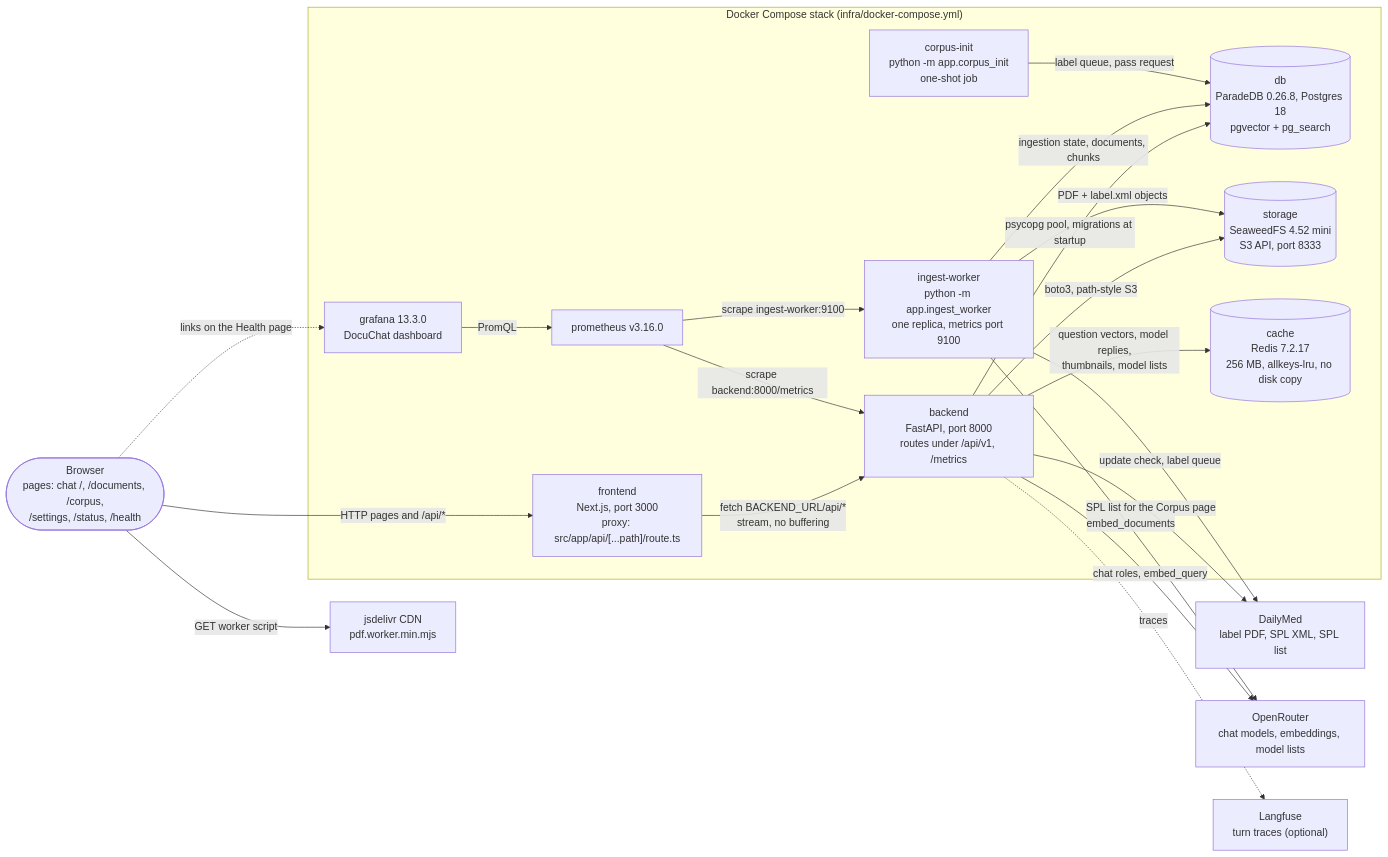
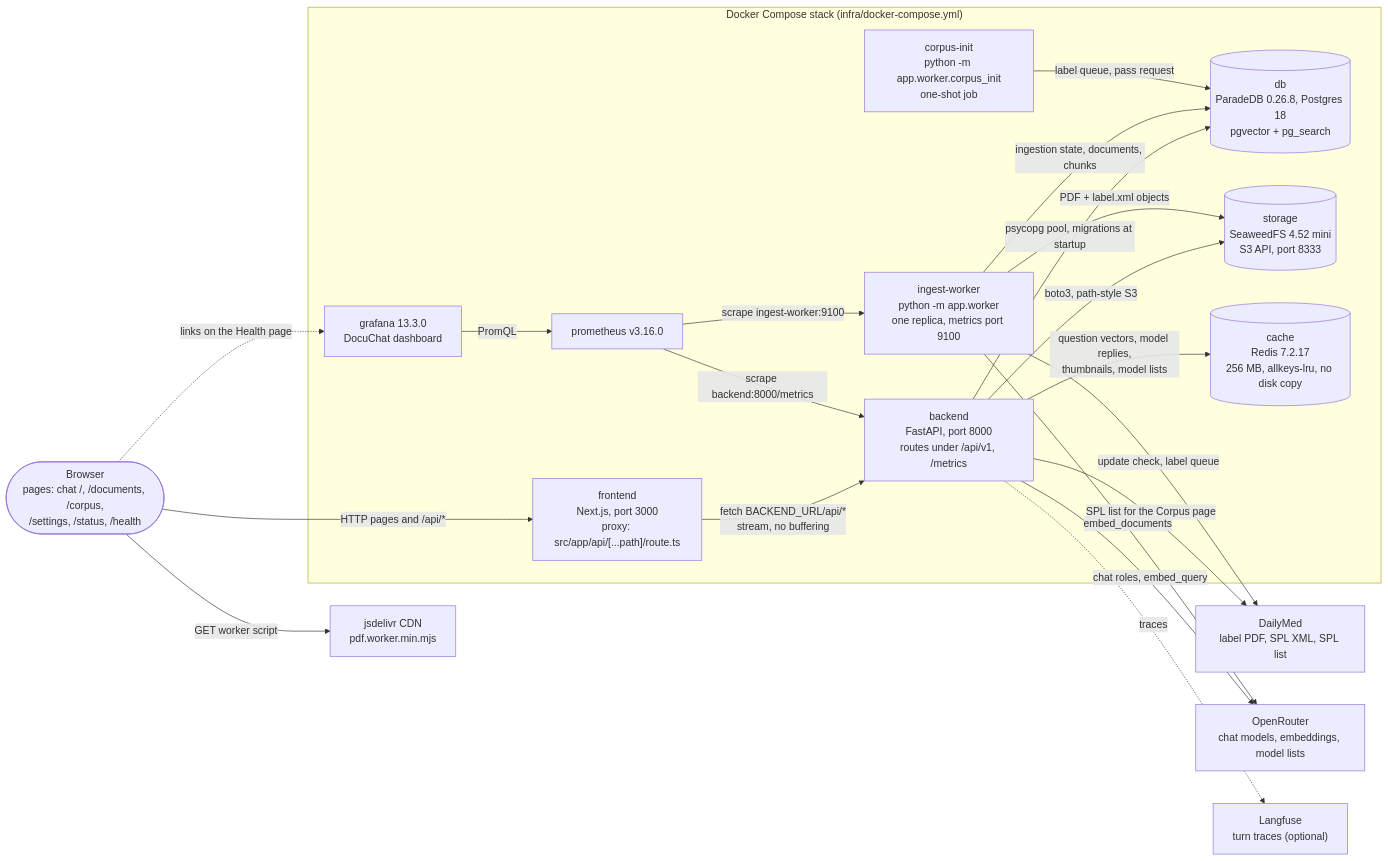
One commit to G-MAKROGLOU/docuchat changed the first of 2 diagrams in docs/diagrams/system-context.md. Above: the diagram before and after it, drawn with Mermaid. The commit also changed 15 other files, not shown here.

First line of the commit message:
refactor(backend): move the ingest worker and corpus-init to app/worker

````diff
--- a/docs/diagrams/system-context.md
+++ b/docs/diagrams/system-context.md
@@ -5,40 +5,40 @@
 ```mermaid
 flowchart LR
     user(["Browser<br/>pages: chat /, /documents, /corpus,<br/>/settings, /status, /health"])
 
     subgraph compose["Docker Compose stack (infra/docker-compose.yml)"]
         frontend["frontend<br/>Next.js, port 3000<br/>proxy: src/app/api/[...path]/route.ts"]
         backend["backend<br/>FastAPI, port 8000<br/>routes under /api/v1, /metrics"]
-        worker["ingest-worker<br/>python -m app.ingest_worker<br/>one replica, metrics port 9100"]
-        init["corpus-init<br/>python -m app.corpus_init<br/>one-shot job"]
+        worker["ingest-worker<br/>python -m app.worker<br/>one replica, metrics port 9100"]
+        init["corpus-init<br/>python -m app.worker.corpus_init<br/>one-shot job"]
         db[("db<br/>ParadeDB 0.26.8, Postgres 18<br/>pgvector + pg_search")]
         storage[("storage<br/>SeaweedFS 4.52 mini<br/>S3 API, port 8333")]
         cache[("cache<br/>Redis 7.2.17<br/>256 MB, allkeys-lru, no disk copy")]
         prom["prometheus v3.16.0"]
         grafana["grafana 13.3.0<br/>DocuChat dashboard"]
     end
 
     cdn["jsdelivr CDN<br/>pdf.worker.min.mjs"]
     dailymed["DailyMed<br/>label PDF, SPL XML, SPL list"]
     openrouter["OpenRouter<br/>chat models, embeddings, model lists"]
     langfuse["Langfuse<br/>turn traces (optional)"]
 
     user -->|"HTTP pages and /api/*"| frontend
     user -->|"GET worker script"| cdn
     user -.->|"links on the Health page"| grafana
     frontend -->|"fetch BACKEND_URL/api/*<br/>stream, no buffering"| backend
     backend -->|"psycopg pool, migrations at startup"| db
     backend -->|"boto3, path-style S3"| storage
     backend -->|"question vectors, model replies,<br/>thumbnails, model lists"| cache
     backend -->|"chat roles, embed_query"| openrouter
     backend -->|"SPL list for the Corpus page"| dailymed
     backend -.->|"traces"| langfuse
     worker -->|"ingestion state, documents, chunks"| db
     worker -->|"PDF + label.xml objects"| storage
     worker -->|"update check, label queue"| dailymed
     worker -->|"embed_documents"| openrouter
     init -->|"label queue, pass request"| db
     prom -->|"scrape backend:8000/metrics"| backend
     prom -->|"scrape ingest-worker:9100"| worker
     grafana -->|"PromQL"| prom
 ```
````
